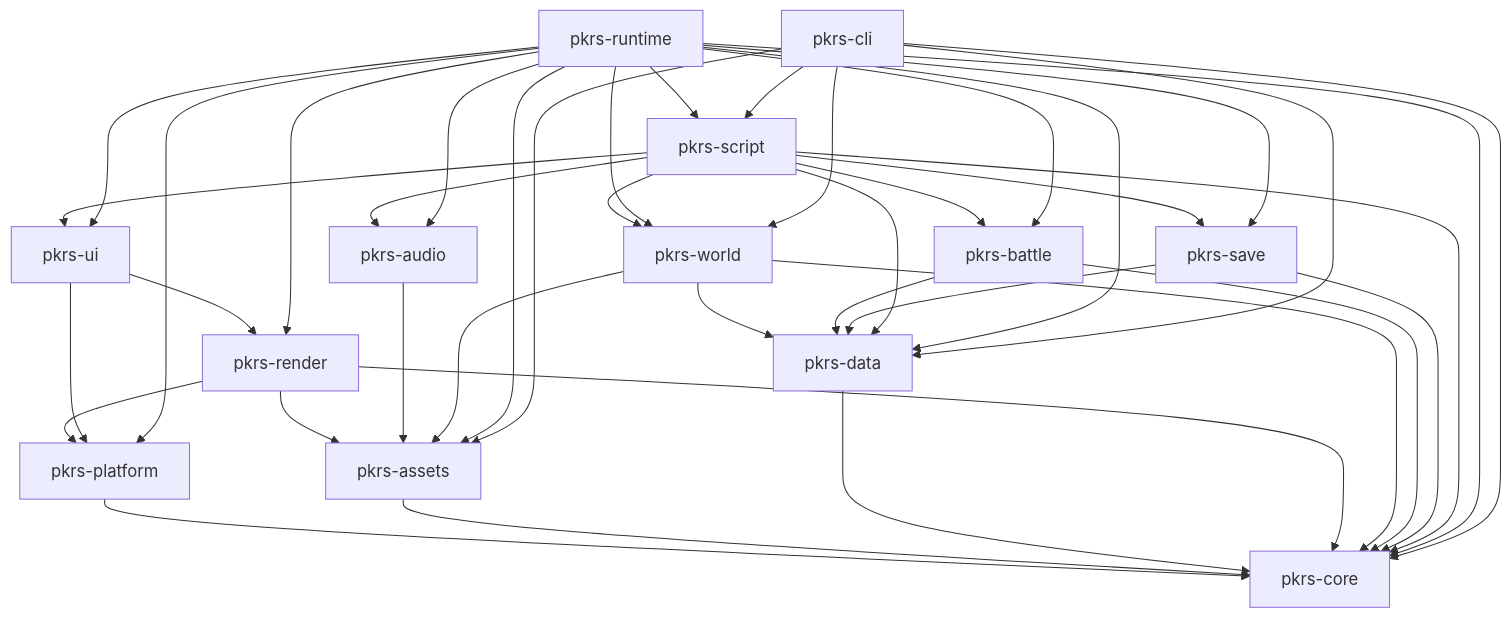
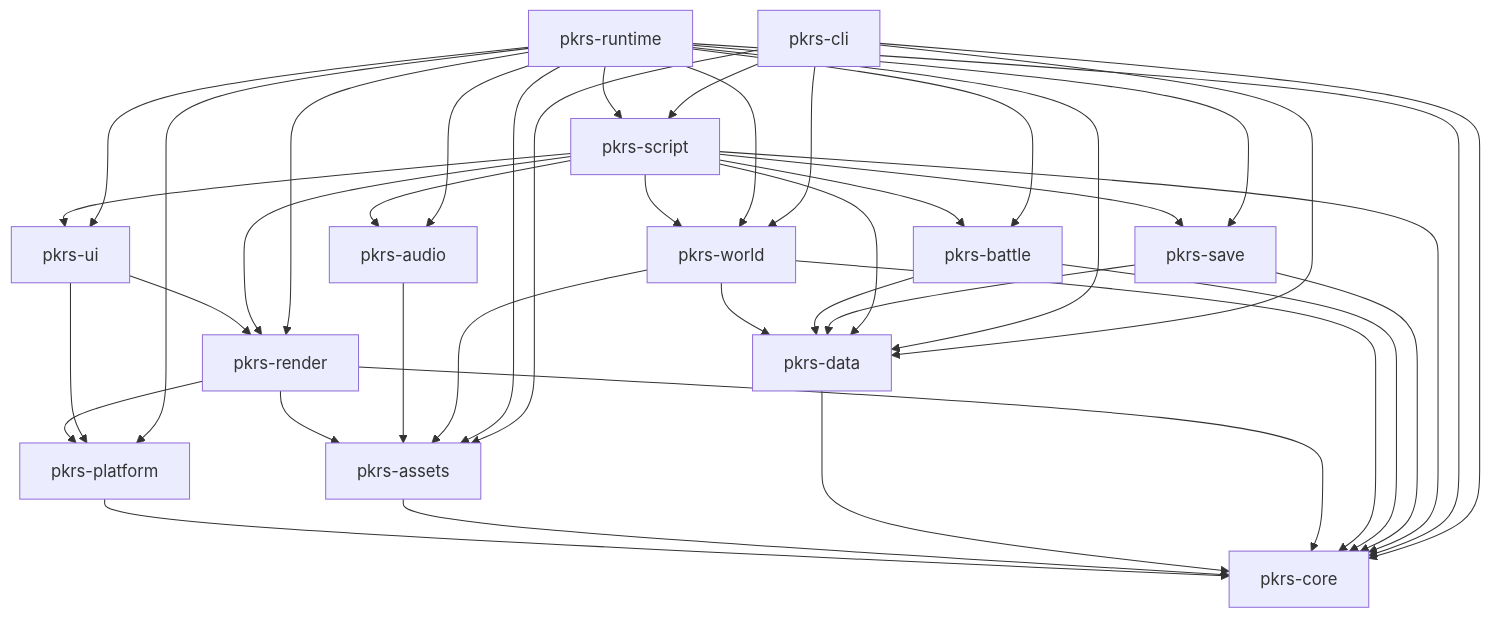
The third of 5 diagrams in docs/design.md (umbertocicciaa/pkrs), drawn with Mermaid before and after one commit. The commit also changed other lines of this file and 60 other files, not shown here.

First line of the commit message:
render: data-driven custom materials and shaders for tiles/sprites (#165)

````diff
--- a/docs/design.md
+++ b/docs/design.md
@@ -362,16 +362,16 @@
 ```mermaid
 flowchart TD
   core[pkrs-core]
   platform[pkrs-platform] --> core
   assets[pkrs-assets] --> core
   data[pkrs-data] --> core
   render[pkrs-render] --> core & platform & assets
   audio[pkrs-audio] --> assets
   world[pkrs-world] --> core & data & assets
   battle[pkrs-battle] --> core & data
   save[pkrs-save] --> core & data
   ui[pkrs-ui] --> render & platform
-  script[pkrs-script] --> core & world & battle & data & save & ui & audio
+  script[pkrs-script] --> core & world & battle & data & save & ui & audio & render
   runtime[pkrs-runtime] --> core & assets & script & render & audio & ui & save & world & platform & battle & data
   cli[pkrs-cli] --> core & data & assets & world & script
 ```
````
